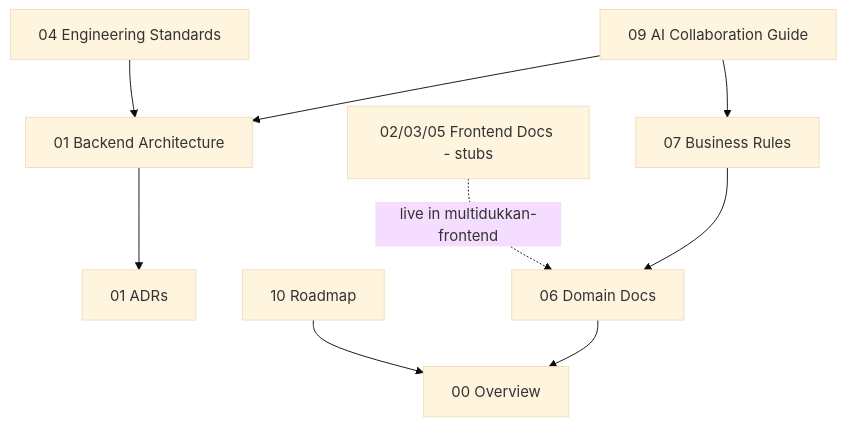
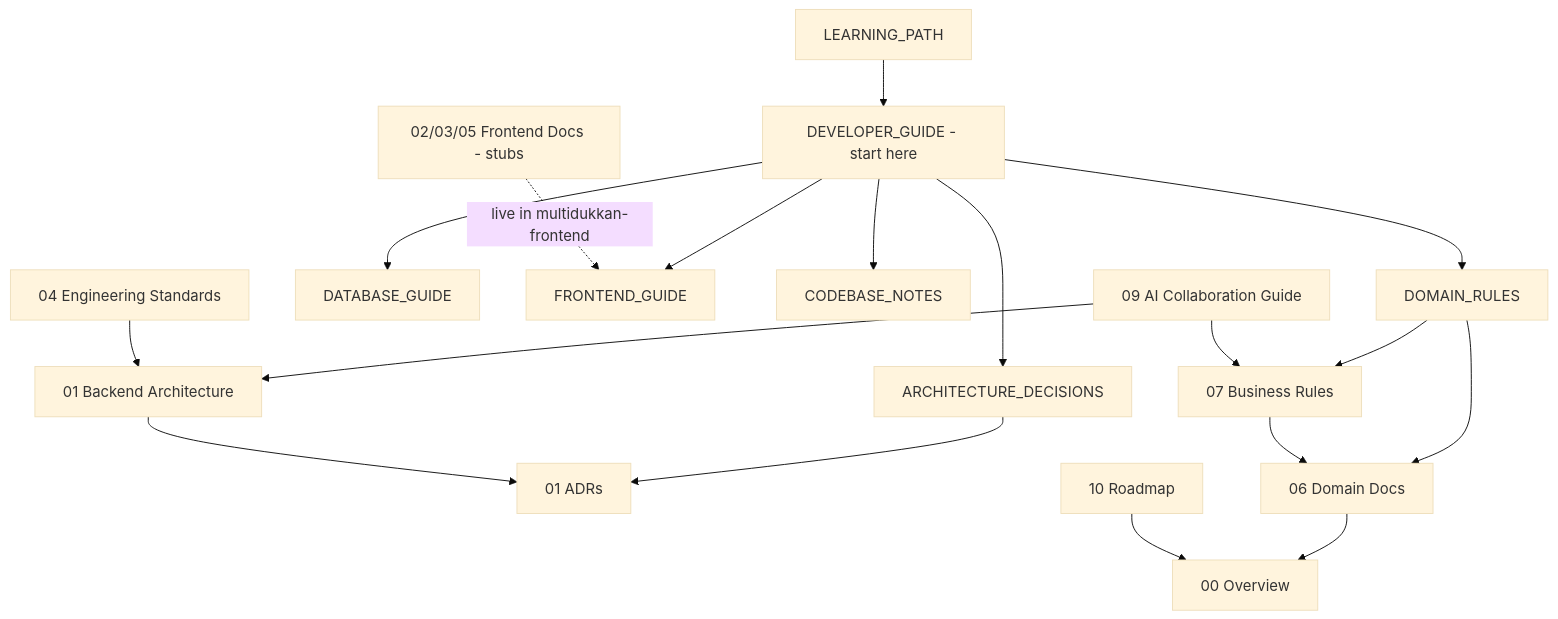
Before and after one commit to AhmedNoaman602/multidukkan: the diagram in docs/README.md, drawn with Mermaid (base theme). The commit also changed other lines of this file and 8 other files, not shown here.

````diff
--- a/docs/README.md
+++ b/docs/README.md
@@ -17,11 +17,20 @@
 ```mermaid
 graph TD
+    DEV[DEVELOPER_GUIDE - start here] --> DOMR[DOMAIN_RULES]
+    DEV --> DB[DATABASE_GUIDE]
+    DEV --> FEG[FRONTEND_GUIDE]
+    DEV --> AD[ARCHITECTURE_DECISIONS]
+    DEV --> CN[CODEBASE_NOTES]
+    LP[LEARNING_PATH] --> DEV
+    AD --> ADR[01 ADRs]
+    DOMR --> RULES[07 Business Rules]
+    DOMR --> DOM[06 Domain Docs]
     AI[09 AI Collaboration Guide] --> ARCH[01 Backend Architecture]
-    AI --> RULES[07 Business Rules]
-    ARCH --> ADR[01 ADRs]
-    RULES --> DOM[06 Domain Docs]
+    AI --> RULES
+    ARCH --> ADR
+    RULES --> DOM
     DOM --> OVER[00 Overview]
     STD[04 Engineering Standards] --> ARCH
     ROAD[10 Roadmap] --> OVER
-    FE[02/03/05 Frontend Docs - stubs] -.->|live in multidukkan-frontend| DOM
+    FE[02/03/05 Frontend Docs - stubs] -.->|live in multidukkan-frontend| FEG
 ```
````
